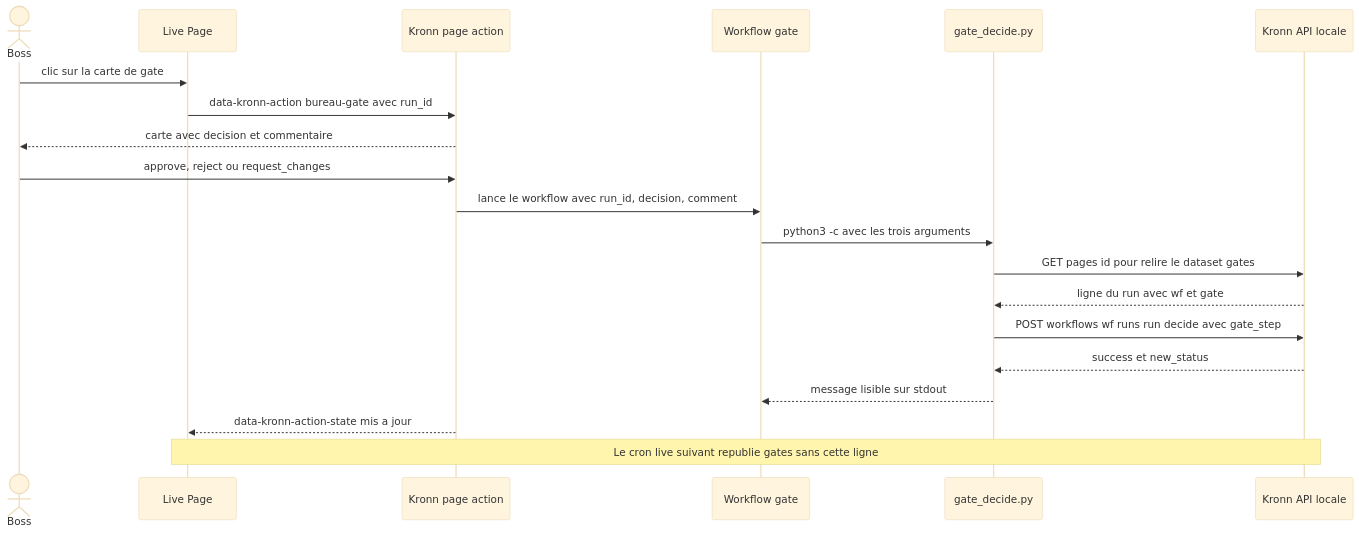
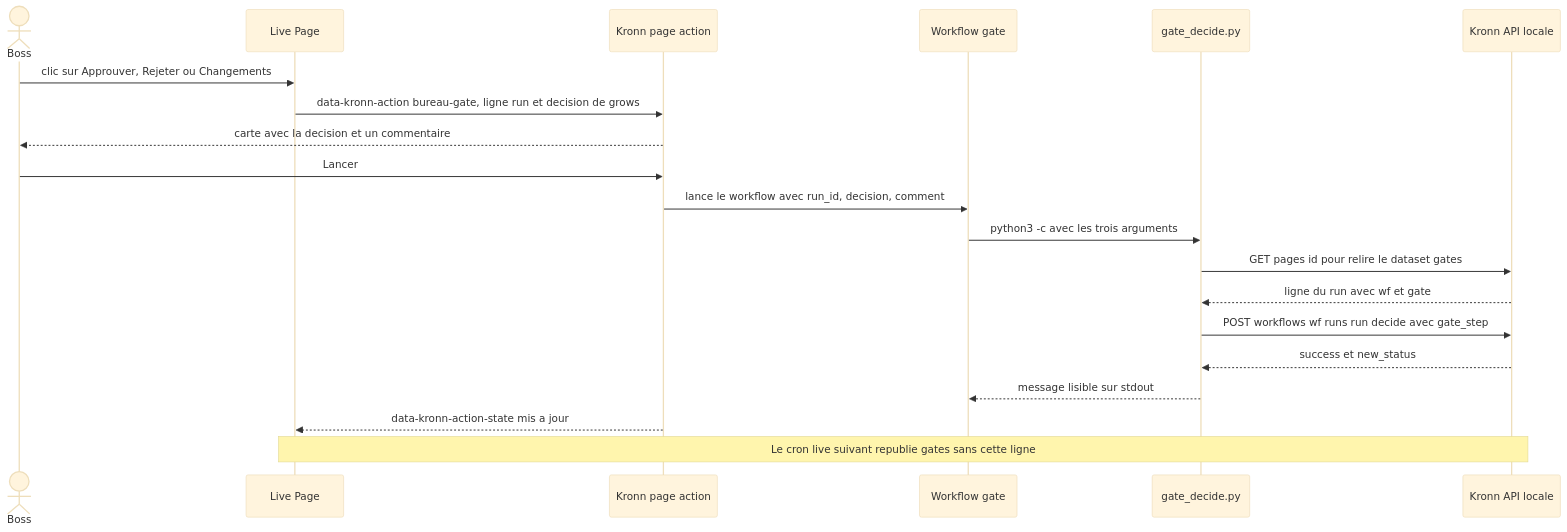
The diagram in docs/architecture/sequences/decision-gate.md (barberemi/pixel-bureau), drawn with Mermaid (base theme) before and after one commit. The commit also changed other lines of this file and 12 other files, not shown here.

````diff
--- a/docs/architecture/sequences/decision-gate.md
+++ b/docs/architecture/sequences/decision-gate.md
@@ -5,23 +5,23 @@
 ```mermaid
 sequenceDiagram
     actor Boss
     participant Page as Live Page
     participant Kronn as Kronn page action
     participant Wf as Workflow gate
     participant Script as gate_decide.py
     participant Api as Kronn API locale
 
-    Boss->>Page: clic sur la carte de gate
-    Page->>Kronn: data-kronn-action bureau-gate avec run_id
-    Kronn-->>Boss: carte avec decision et commentaire
-    Boss->>Kronn: approve, reject ou request_changes
+    Boss->>Page: clic sur Approuver, Rejeter ou Changements
+    Page->>Kronn: data-kronn-action bureau-gate, ligne run et decision de grows
+    Kronn-->>Boss: carte avec la decision et un commentaire
+    Boss->>Kronn: Lancer
     Kronn->>Wf: lance le workflow avec run_id, decision, comment
     Wf->>Script: python3 -c avec les trois arguments
     Script->>Api: GET pages id pour relire le dataset gates
     Api-->>Script: ligne du run avec wf et gate
     Script->>Api: POST workflows wf runs run decide avec gate_step
     Api-->>Script: success et new_status
     Script-->>Wf: message lisible sur stdout
     Kronn-->>Page: data-kronn-action-state mis a jour
     Note over Page,Api: Le cron live suivant republie gates sans cette ligne
 ```
````
